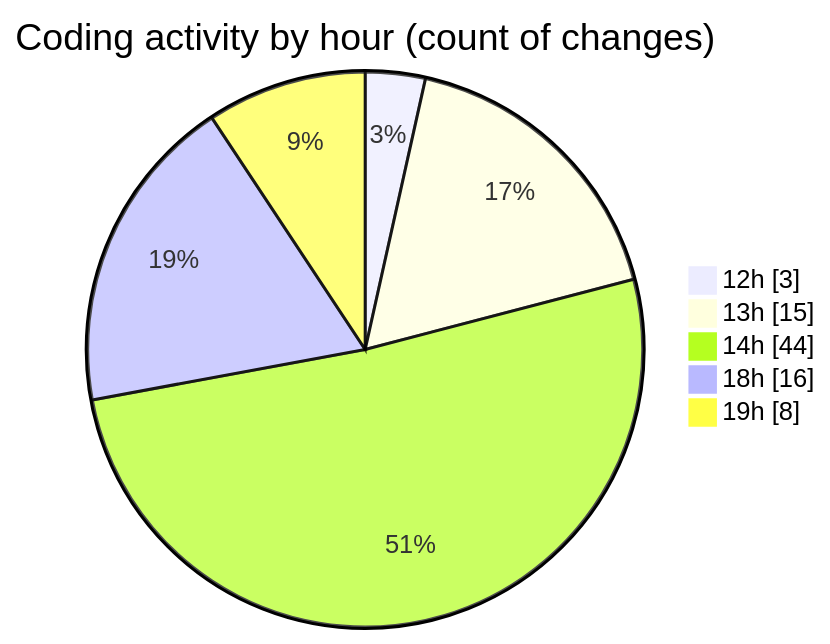
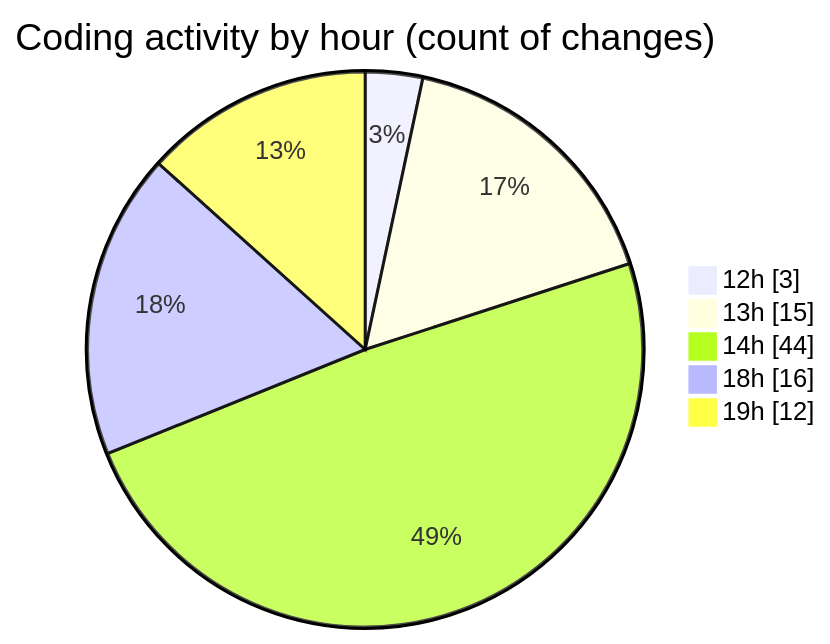
Before and after one commit to momahboobian/code-tracking: the second of 2 diagrams in 2026-02-26/car_database/README.md, drawn with Mermaid. The commit also changed other lines of this file and 1 other file, not shown here.

````diff
--- a/2026-02-26/car_database/README.md
+++ b/2026-02-26/car_database/README.md
@@ -57,9 +58,9 @@
 ```mermaid
 pie showData
 title Coding activity by hour (count of changes)
 "12h" : 3
 "13h" : 15
 "14h" : 44
 "18h" : 16
-"19h" : 8
+"19h" : 12
 ```
````
